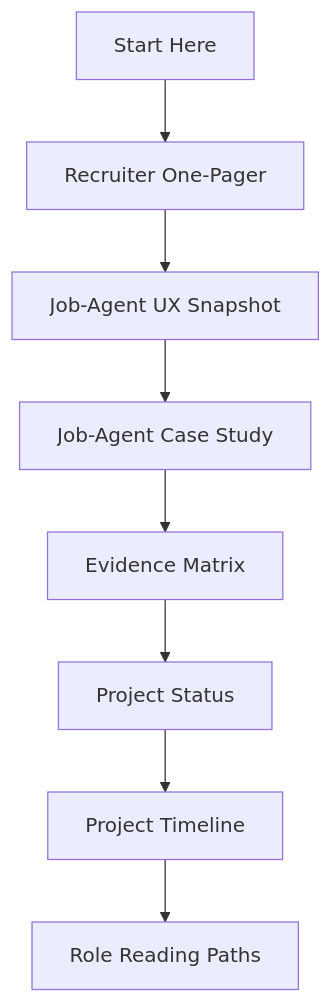
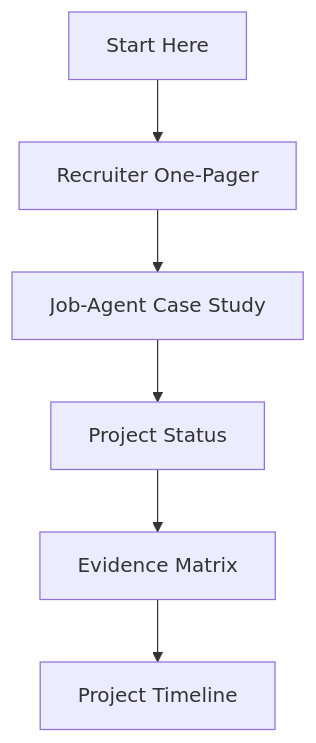
One commit to marcus-uden-dev/ai-native-proof-of-work changed the diagram in NAVIGATION.md. Above: the diagram before and after it, drawn with Mermaid. The commit also changed other lines of this file and 13 other files, not shown here.

````diff
--- a/NAVIGATION.md
+++ b/NAVIGATION.md
@@ -103,10 +100,8 @@
 ```mermaid
 flowchart TD
     A["Start Here"] --> B["Recruiter One-Pager"]
-    B --> C["Job-Agent UX Snapshot"]
-    C --> D["Job-Agent Case Study"]
+    B --> C["Job-Agent Case Study"]
+    C --> D["Project Status"]
     D --> E["Evidence Matrix"]
-    E --> F["Project Status"]
-    F --> G["Project Timeline"]
-    G --> H["Role Reading Paths"]
+    E --> F["Project Timeline"]
 ```
````
